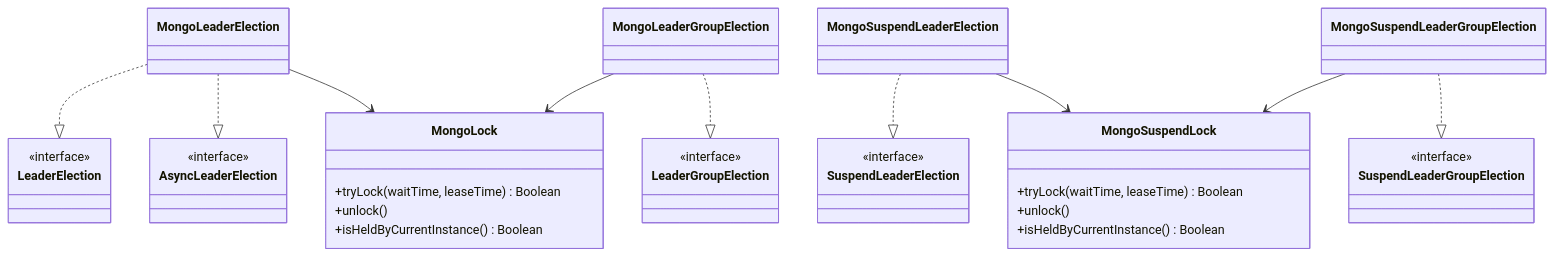
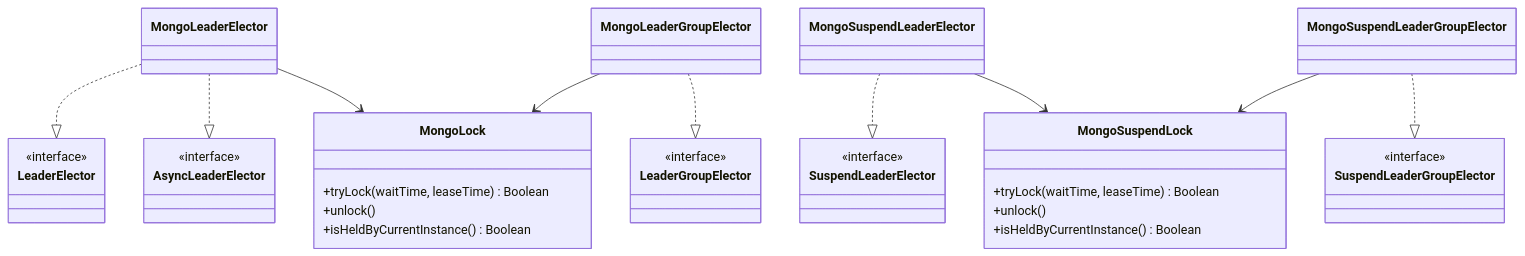
The diagram in leader-mongodb/README.ko.md (bluetape4k/bluetape4k-leader), drawn with Mermaid before and after one commit. The commit also changed other lines of this file and 79 other files, not shown here.

First line of the commit message:
docs: #100 LeaderElection → LeaderElector 문서 일괄 업데이트 (#123)

````diff
--- a/leader-mongodb/README.ko.md
+++ b/leader-mongodb/README.ko.md
@@ -19,30 +19,30 @@
 ```mermaid
 classDiagram
-    class LeaderElection { <<interface>> }
-    class AsyncLeaderElection { <<interface>> }
-    class LeaderGroupElection { <<interface>> }
-    class SuspendLeaderElection { <<interface>> }
-    class SuspendLeaderGroupElection { <<interface>> }
+    class LeaderElector { <<interface>> }
+    class AsyncLeaderElector { <<interface>> }
+    class LeaderGroupElector { <<interface>> }
+    class SuspendLeaderElector { <<interface>> }
+    class SuspendLeaderGroupElector { <<interface>> }
 
     class MongoLock {
         +tryLock(waitTime, leaseTime) Boolean
         +unlock()
         +isHeldByCurrentInstance() Boolean
     }
     class MongoSuspendLock {
         +tryLock(waitTime, leaseTime) Boolean
         +unlock()
         +isHeldByCurrentInstance() Boolean
     }
 
-    MongoLeaderElection ..|> LeaderElection
-    MongoLeaderElection ..|> AsyncLeaderElection
-    MongoLeaderGroupElection ..|> LeaderGroupElection
-    MongoSuspendLeaderElection ..|> SuspendLeaderElection
-    MongoSuspendLeaderGroupElection ..|> SuspendLeaderGroupElection
+    MongoLeaderElector ..|> LeaderElector
+    MongoLeaderElector ..|> AsyncLeaderElector
+    MongoLeaderGroupElector ..|> LeaderGroupElector
+    MongoSuspendLeaderElector ..|> SuspendLeaderElector
+    MongoSuspendLeaderGroupElector ..|> SuspendLeaderGroupElector
 
-    MongoLeaderElection --> MongoLock
-    MongoLeaderGroupElection --> MongoLock
-    MongoSuspendLeaderElection --> MongoSuspendLock
-    MongoSuspendLeaderGroupElection --> MongoSuspendLock
+    MongoLeaderElector --> MongoLock
+    MongoLeaderGroupElector --> MongoLock
+    MongoSuspendLeaderElector --> MongoSuspendLock
+    MongoSuspendLeaderGroupElector --> MongoSuspendLock
 ```
````
